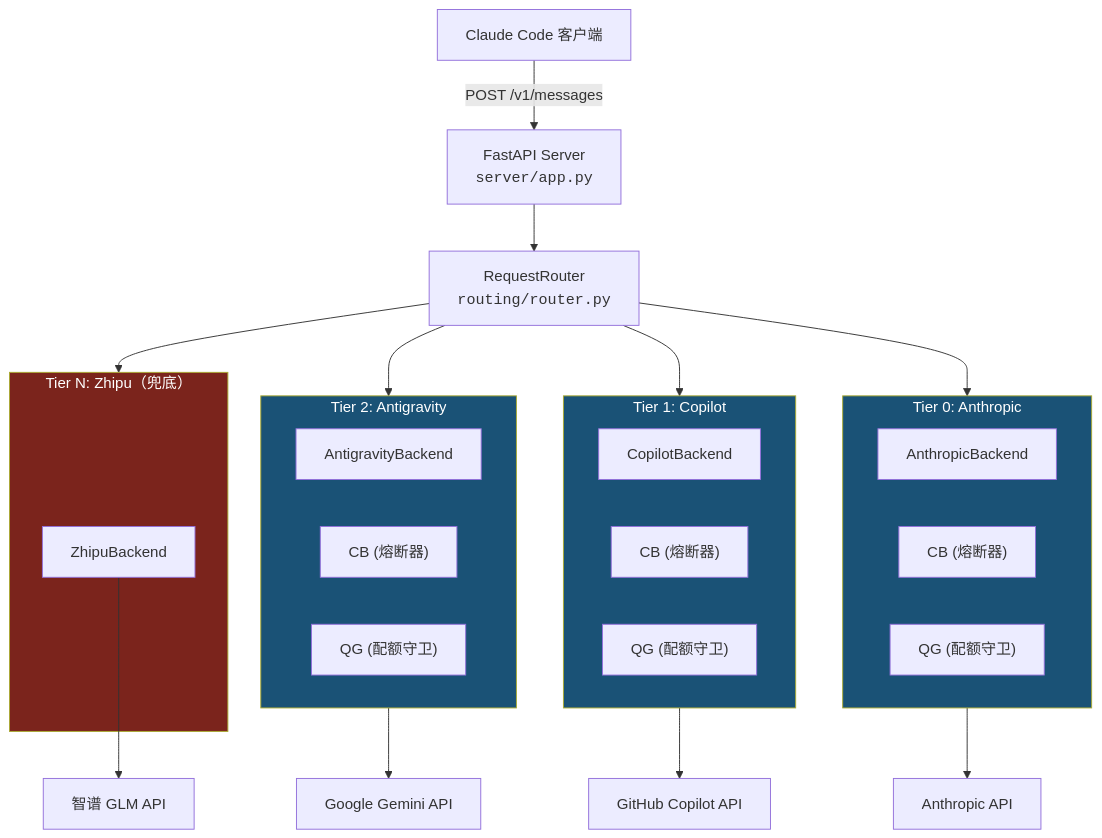
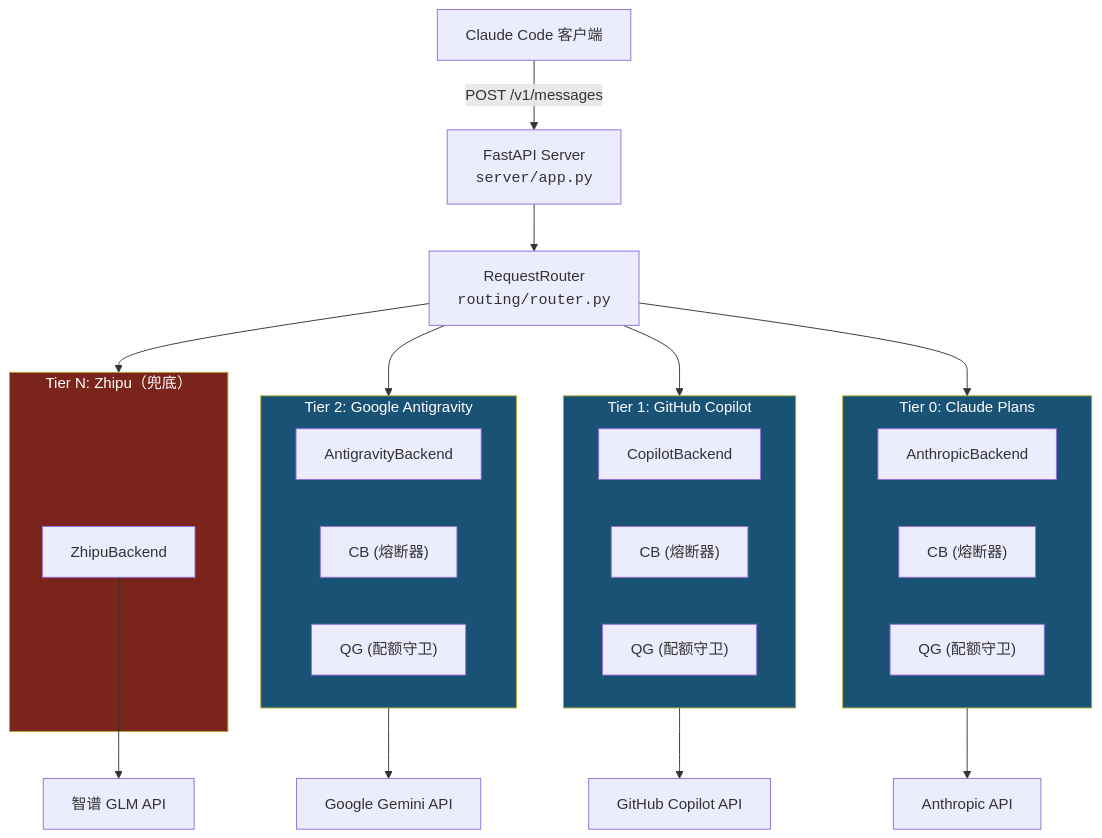
One commit to ThreeFish-AI/coding-proxy changed the diagram in README.md. Above: the diagram before and after it, drawn with Mermaid. The commit also changed other lines of this file, not shown here.

````diff
--- a/README.md
+++ b/README.md
@@ -91,49 +91,49 @@
 ```mermaid
 graph TD
     Client["Claude Code 客户端"]
     Server["FastAPI Server<br/><code>server/app.py</code>"]
     Router["RequestRouter<br/><code>routing/router.py</code>"]
 
     Client -->|"POST /v1/messages"| Server
     Server --> Router
 
     Router --> T0
     Router --> T1
     Router --> T2
     Router --> TN
 
-    subgraph T0["Tier 0: Anthropic"]
+    subgraph T0["Tier 0: Claude Plans"]
         direction LR
         A_BE["AnthropicBackend"]
         A_CB["CB (熔断器)"]
         A_QG["QG (配额守卫)"]
     end
 
-    subgraph T1["Tier 1: Copilot"]
+    subgraph T1["Tier 1: GitHub Copilot"]
         direction LR
         C_BE["CopilotBackend"]
         C_CB["CB (熔断器)"]
         C_QG["QG (配额守卫)"]
     end
 
-    subgraph T2["Tier 2: Antigravity"]
+    subgraph T2["Tier 2: Google Antigravity"]
         direction LR
         G_BE["AntigravityBackend"]
         G_CB["CB (熔断器)"]
         G_QG["QG (配额守卫)"]
     end
 
     subgraph TN["Tier N: Zhipu（兜底）"]
         Z_BE["ZhipuBackend"]
     end
 
     A_BE --> API_A["Anthropic API"]
     C_BE --> API_C["GitHub Copilot API"]
     G_BE --> API_G["Google Gemini API"]
     Z_BE --> API_Z["智谱 GLM API"]
 
     style T0 fill:#1a5276,color:#fff
     style T1 fill:#1a5276,color:#fff
     style T2 fill:#1a5276,color:#fff
     style TN fill:#7b241c,color:#fff
 ```
````
